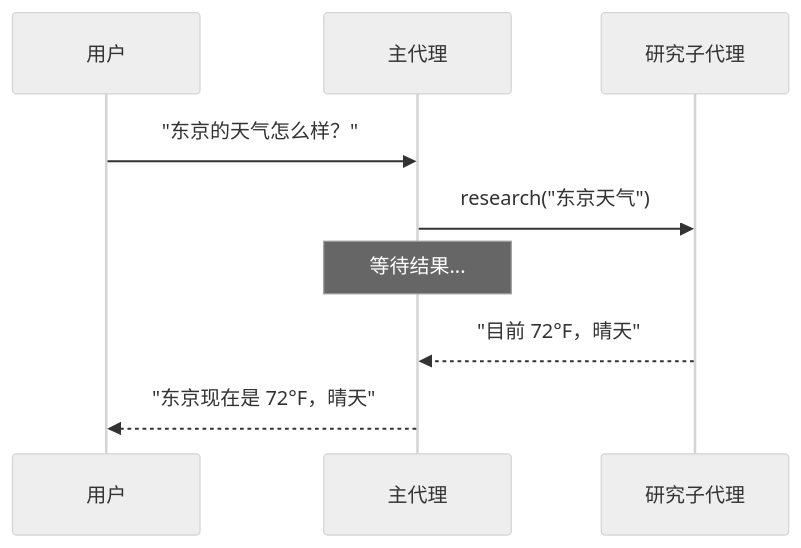
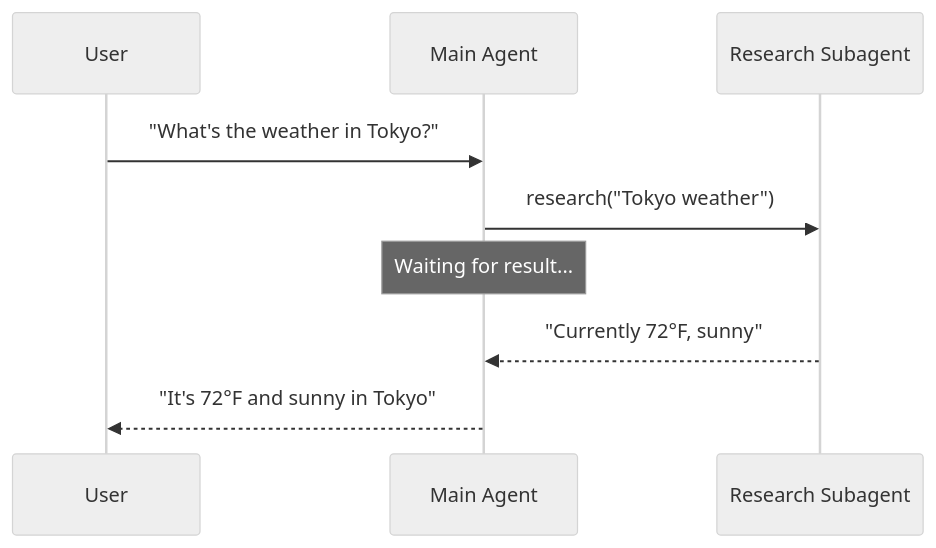
The second of 5 diagrams in oss/javascript/langchain/multi-agent/subagents.mdx (kunfan96/cndocs-langchain), drawn with Mermaid (neutral theme) before and after one commit. The commit also changed other lines of this file and 2538 other files, not shown here.

````diff
--- a/oss/javascript/langchain/multi-agent/subagents.mdx
+++ b/oss/javascript/langchain/multi-agent/subagents.mdx
@@ -112,12 +114,12 @@
 ```mermaid
 sequenceDiagram
-    participant 用户
-    participant 主代理
-    participant 研究子代理
+    participant User
+    participant Main Agent
+    participant Research Subagent
 
-    用户->>主代理: "东京的天气怎么样？"
-    主代理->>研究子代理: research("东京天气")
-    Note over 主代理: 等待结果...
-    研究子代理-->>主代理: "目前 72°F，晴天"
-    主代理-->>用户: "东京现在是 72°F，晴天"
+    User->>Main Agent: "What's the weather in Tokyo?"
+    Main Agent->>Research Subagent: research("Tokyo weather")
+    Note over Main Agent: Waiting for result...
+    Research Subagent-->>Main Agent: "Currently 72°F, sunny"
+    Main Agent-->>User: "It's 72°F and sunny in Tokyo"
 ```
````
